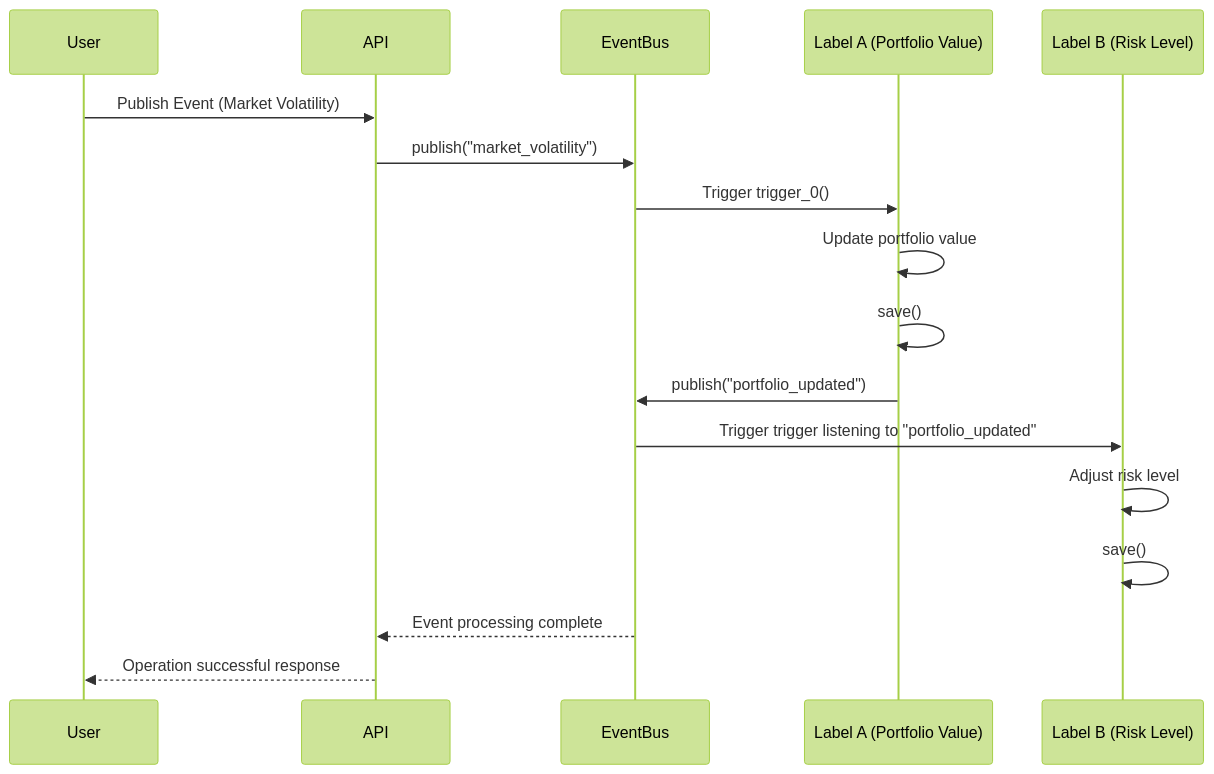
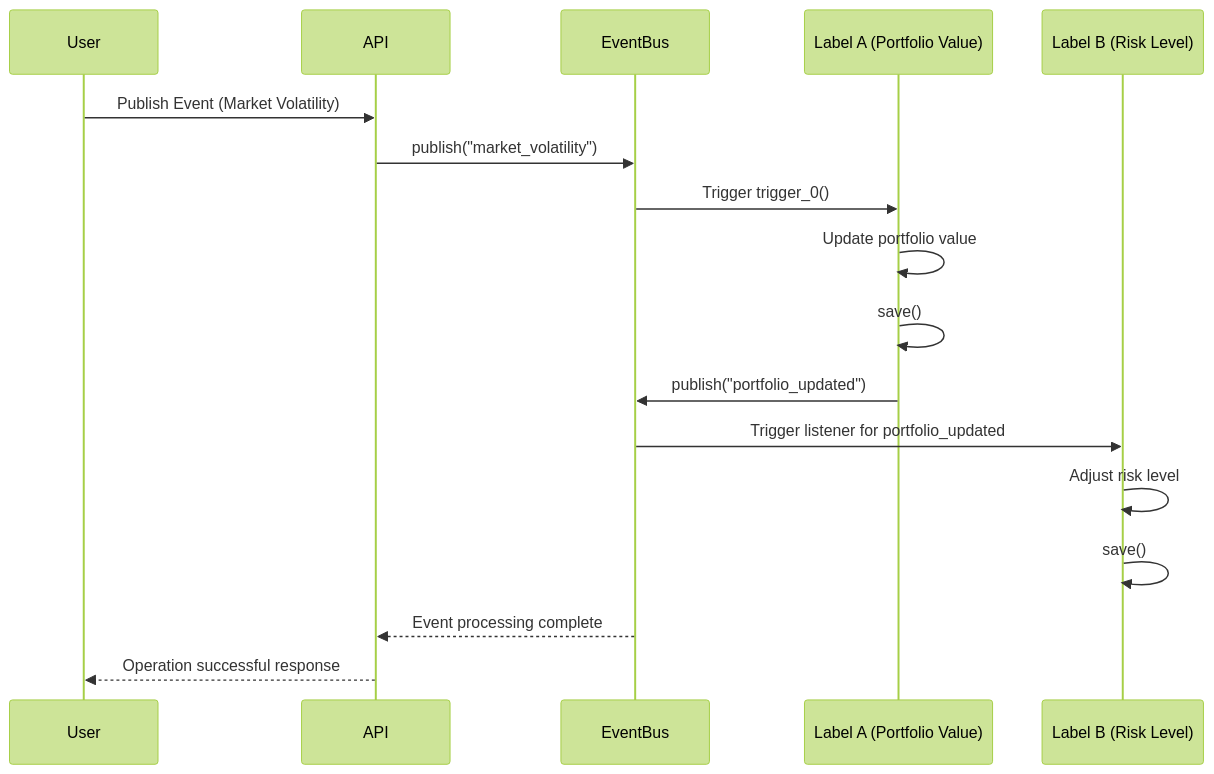
Before and after one commit to lizzary/Quantitative-Strategy-Management-and-Monitoring-System-Platform: diagram 39 of 47 in readme.md, drawn with Mermaid (forest theme). The commit also changed other lines of this file, not shown here.

````diff
--- a/readme.md
+++ b/readme.md
@@ -2619,23 +2757,23 @@
 ```mermaid
 sequenceDiagram
     participant User
     participant API
     participant EventBus
     participant LabelA as Label A (Portfolio Value)
     participant LabelB as Label B (Risk Level)
     
     User->>API: Publish Event (Market Volatility)
     API->>EventBus: publish("market_volatility")
     
     EventBus->>LabelA: Trigger trigger_0()
     LabelA->>LabelA: Update portfolio value
     LabelA->>LabelA: save()
     LabelA->>EventBus: publish("portfolio_updated")
     
-    EventBus->>LabelB: Trigger trigger listening to "portfolio_updated"
+    EventBus->>LabelB: Trigger listener for portfolio_updated
     LabelB->>LabelB: Adjust risk level
     LabelB->>LabelB: save()
     
     EventBus-->>API: Event processing complete
     API-->>User: Operation successful response
 ```
````
